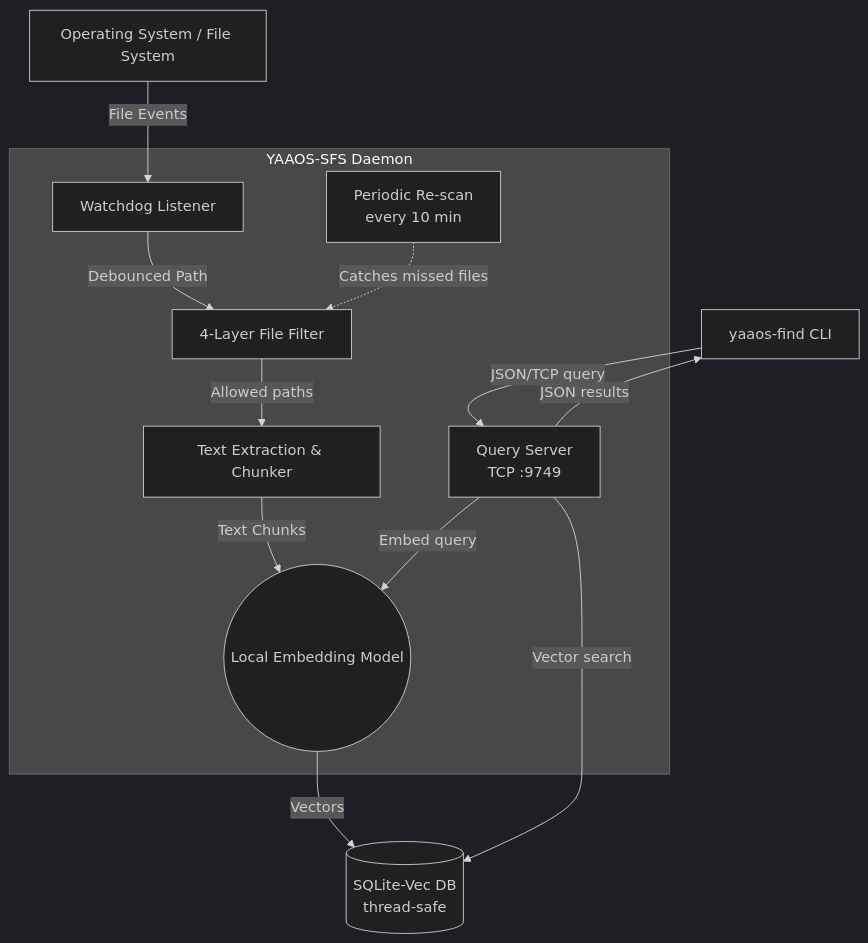
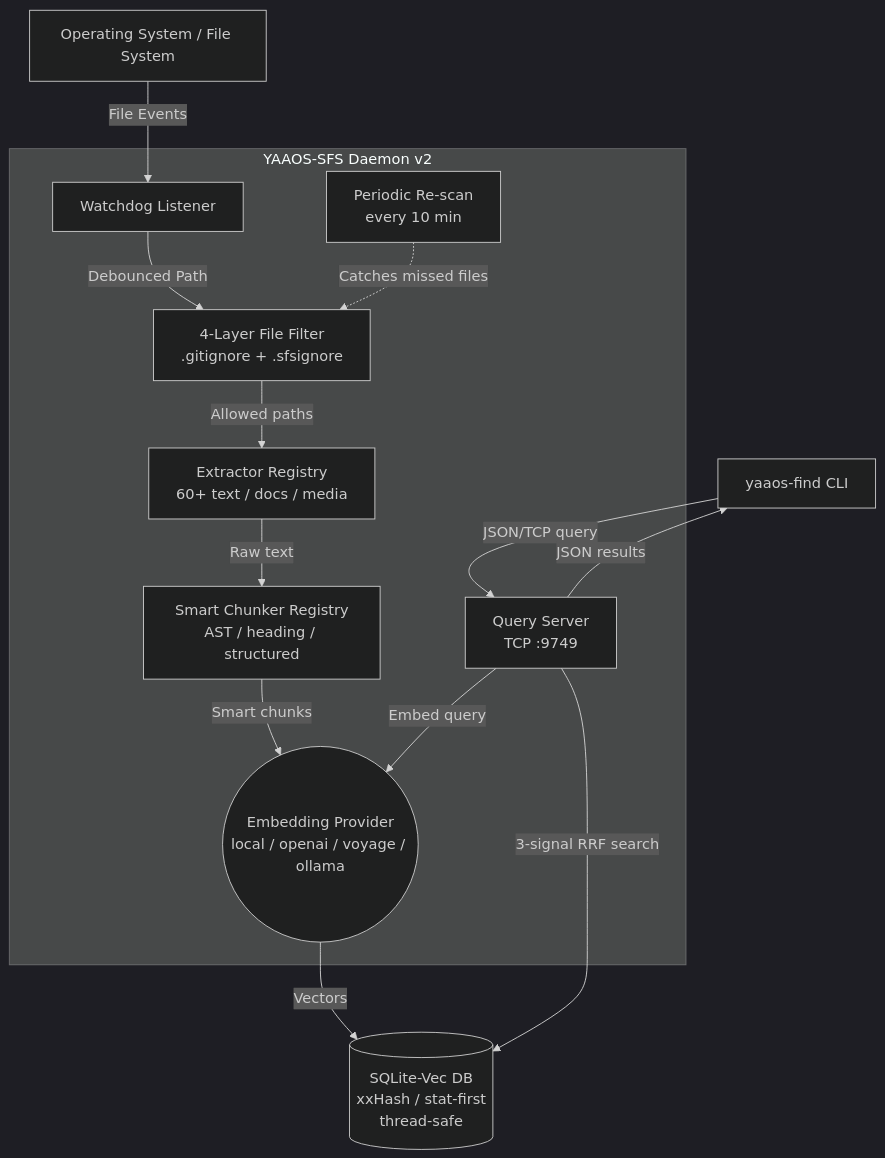
One commit to overclockedbrains/yaaos changed the first of 2 diagrams in src/yaaos-sfs/ARCHITECTURE.md. Above: the diagram before and after it, drawn with Mermaid (dark theme). The commit also changed other lines of this file and 34 other files, not shown here.

First line of the commit message:
feat(sfs): implement SFS v2 — multi-format support, smart chunking, enhanced search, GPU acceleration

````diff
--- a/src/yaaos-sfs/ARCHITECTURE.md
+++ b/src/yaaos-sfs/ARCHITECTURE.md
@@ -57,26 +187,28 @@
 ```mermaid
 flowchart TD
     OS[Operating System / File System]
     CLI[yaaos-find CLI]
-    subgraph Daemon [YAAOS-SFS Daemon]
+    subgraph Daemon [YAAOS-SFS Daemon v2]
         Watchdog[Watchdog Listener]
         Rescan[Periodic Re-scan\nevery 10 min]
-        Filter[4-Layer File Filter]
-        Chunker[Text Extraction & Chunker]
-        Model((Local Embedding Model))
+        Filter[4-Layer File Filter\n.gitignore + .sfsignore]
+        Extractor[Extractor Registry\n60+ text / docs / media]
+        Chunker[Smart Chunker Registry\nAST / heading / structured]
+        Model((Embedding Provider\nlocal / openai / voyage / ollama))
         QS[Query Server\nTCP :9749]
     end
-    DB[(SQLite-Vec DB\nthread-safe)]
+    DB[(SQLite-Vec DB\nxxHash / stat-first\nthread-safe)]
 
     OS -- File Events --> Watchdog
     Watchdog -- Debounced Path --> Filter
     Rescan -. Catches missed files .-> Filter
-    Filter -- Allowed paths --> Chunker
-    Chunker -- Text Chunks --> Model
+    Filter -- Allowed paths --> Extractor
+    Extractor -- Raw text --> Chunker
+    Chunker -- Smart chunks --> Model
     Model -- Vectors --> DB
 
     CLI -- "JSON/TCP query" --> QS
     QS -- Embed query --> Model
-    QS -- Vector search --> DB
+    QS -- 3-signal RRF search --> DB
     QS -- "JSON results" --> CLI
 ```
````
